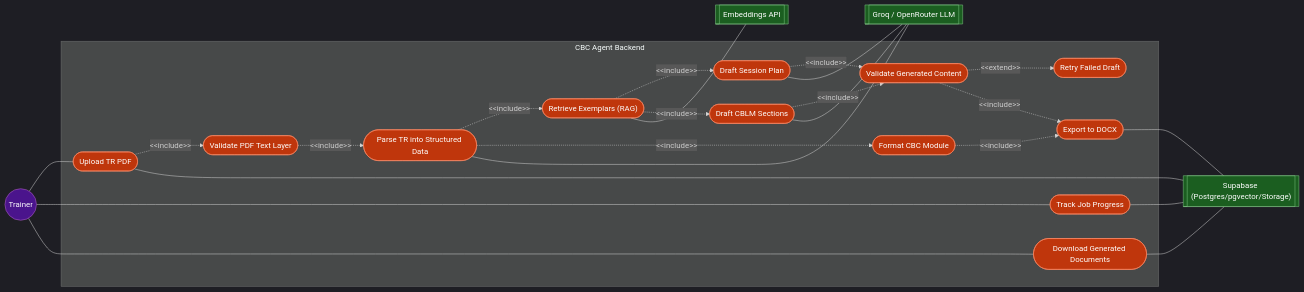
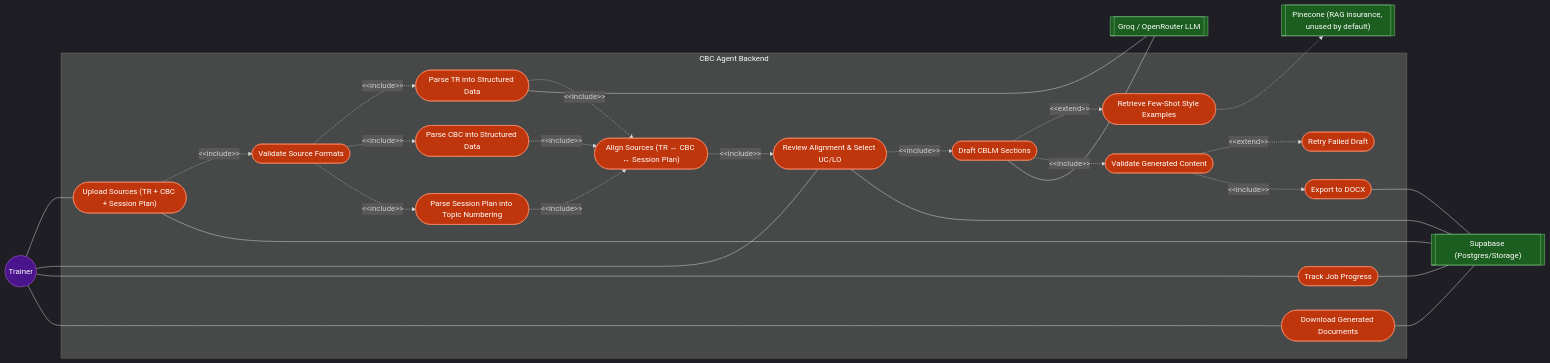
Before and after one commit to shuakyle21/tesda-cbc-agent: the diagram in docs/specs/USECASE_DIAGRAM.md, drawn with Mermaid. The commit also changed other lines of this file and 5 other files, not shown here.

````diff
--- a/docs/specs/USECASE_DIAGRAM.md
+++ b/docs/specs/USECASE_DIAGRAM.md
@@ -15,57 +17,62 @@
 ```mermaid
 %%{init: {'theme': 'dark'}}%%
 flowchart LR
     Trainer((Trainer))
 
     subgraph CBC [CBC Agent Backend]
-        UC1(["Upload TR PDF"])
-        UC2(["Validate PDF Text Layer"])
+        UC1(["Upload Sources (TR + CBC + Session Plan)"])
+        UC2(["Validate Source Formats"])
         UC3(["Parse TR into Structured Data"])
-        UC4(["Retrieve Exemplars (RAG)"])
-        UC5(["Draft Session Plan"])
-        UC6(["Draft CBLM Sections"])
-        UC7(["Format CBC Module"])
-        UC8(["Validate Generated Content"])
-        UC9(["Retry Failed Draft"])
-        UC10(["Export to DOCX"])
-        UC11(["Track Job Progress"])
-        UC12(["Download Generated Documents"])
+        UC4(["Parse CBC into Structured Data"])
+        UC5(["Parse Session Plan into Topic Numbering"])
+        UC6(["Align Sources (TR ↔ CBC ↔ Session Plan)"])
+        UC7(["Review Alignment &amp; Select UC/LO"])
+        UC8(["Draft CBLM Sections"])
+        UC9(["Retrieve Few-Shot Style Examples"])
+        UC10(["Validate Generated Content"])
+        UC11(["Retry Failed Draft"])
+        UC12(["Export to DOCX"])
+        UC13(["Track Job Progress"])
+        UC14(["Download Generated Documents"])
     end
 
     LLM[["Groq / OpenRouter LLM"]]
-    Embed[["Embeddings API"]]
-    Supabase[["Supabase (Postgres/pgvector/Storage)"]]
+    Supabase[["Supabase (Postgres/Storage)"]]
+    Pinecone[["Pinecone (RAG insurance, unused by default)"]]
 
     Trainer --- UC1
-    Trainer --- UC11
-    Trainer --- UC12
+    Trainer --- UC7
+    Trainer --- UC13
+    Trainer --- UC14
 
     UC1 -.->|"&lt;&lt;include&gt;&gt;"| UC2
     UC2 -.->|"&lt;&lt;include&gt;&gt;"| UC3
-    UC3 -.->|"&lt;&lt;include&gt;&gt;"| UC4
-    UC3 -.->|"&lt;&lt;include&gt;&gt;"| UC7
-    UC4 -.->|"&lt;&lt;include&gt;&gt;"| UC5
+    UC2 -.->|"&lt;&lt;include&gt;&gt;"| UC4
+    UC2 -.->|"&lt;&lt;include&gt;&gt;"| UC5
+    UC3 -.->|"&lt;&lt;include&gt;&gt;"| UC6
     UC4 -.->|"&lt;&lt;include&gt;&gt;"| UC6
-    UC5 -.->|"&lt;&lt;include&gt;&gt;"| UC8
-    UC6 -.->|"&lt;&lt;include&gt;&gt;"| UC8
+    UC5 -.->|"&lt;&lt;include&gt;&gt;"| UC6
+    UC6 -.->|"&lt;&lt;include&gt;&gt;"| UC7
+    UC7 -.->|"&lt;&lt;include&gt;&gt;"| UC8
     UC8 -.->|"&lt;&lt;extend&gt;&gt;"| UC9
     UC8 -.->|"&lt;&lt;include&gt;&gt;"| UC10
-    UC7 -.->|"&lt;&lt;include&gt;&gt;"| UC10
+    UC10 -.->|"&lt;&lt;extend&gt;&gt;"| UC11
+    UC10 -.->|"&lt;&lt;include&gt;&gt;"| UC12
 
-    UC4 --- Embed
-    UC5 --- LLM
-    UC6 --- LLM
     UC3 --- LLM
+    UC8 --- LLM
+    UC9 -.-> Pinecone
     UC1 --- Supabase
-    UC10 --- Supabase
-    UC11 --- Supabase
+    UC7 --- Supabase
     UC12 --- Supabase
+    UC13 --- Supabase
+    UC14 --- Supabase
 
     classDef actor fill:#4a148c,stroke:#ba68c8,color:#fff
     classDef usecase fill:#bf360c,stroke:#ff8a65,color:#fff
     classDef external fill:#1b5e20,stroke:#81c784,color:#fff
 
     class Trainer actor
-    class UC1,UC2,UC3,UC4,UC5,UC6,UC7,UC8,UC9,UC10,UC11,UC12 usecase
-    class LLM,Embed,Supabase external
+    class UC1,UC2,UC3,UC4,UC5,UC6,UC7,UC8,UC9,UC10,UC11,UC12,UC13,UC14 usecase
+    class LLM,Supabase,Pinecone external
 ```
````
